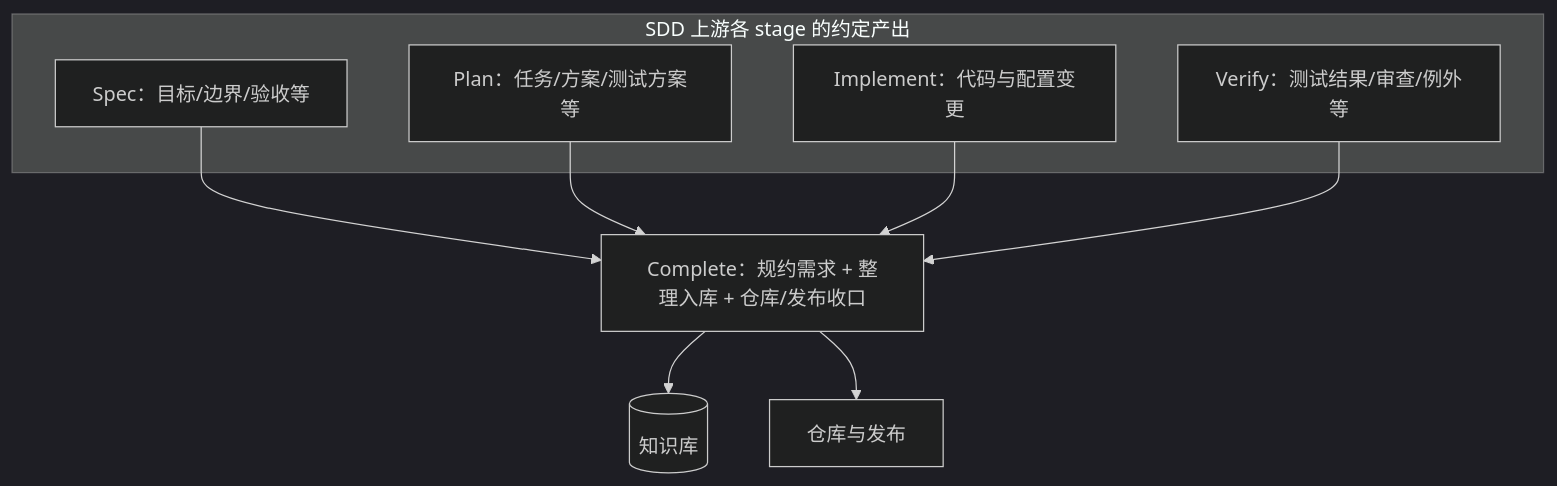
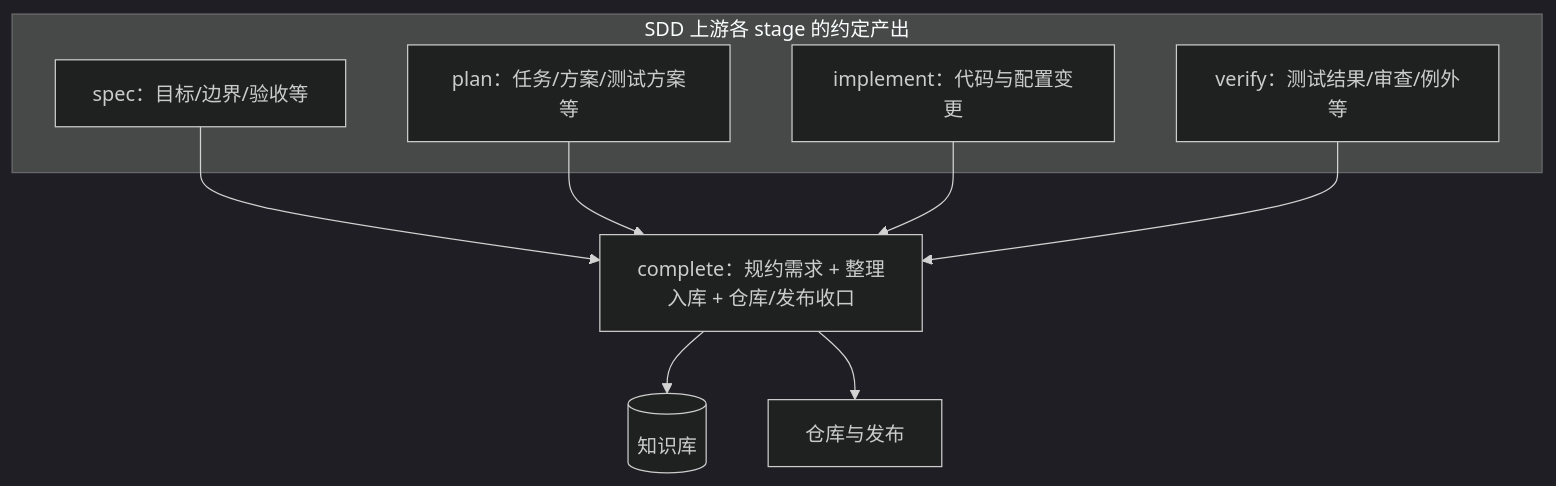
The second of 2 diagrams in docs/workflow/SDD/SDD.md (liushoukun/reason-cavalier), drawn with Mermaid (dark theme) before and after one commit. The commit also changed other lines of this file and 8 other files, not shown here.

````diff
--- a/docs/workflow/SDD/SDD.md
+++ b/docs/workflow/SDD/SDD.md
@@ -146,18 +154,18 @@
 ```mermaid
 flowchart TB
   subgraph upstream[SDD 上游各 stage 的约定产出]
-    S[Spec：目标/边界/验收等]
-    P[Plan：任务/方案/测试方案等]
-    I[Implement：代码与配置变更]
-    V[Verify：测试结果/审查/例外等]
+    S[spec：目标/边界/验收等]
+    P[plan：任务/方案/测试方案等]
+    I[implement：代码与配置变更]
+    V[verify：测试结果/审查/例外等]
   end
-  C[Complete：规约需求 + 整理入库 + 仓库/发布收口]
+  C[complete：规约需求 + 整理入库 + 仓库/发布收口]
   KB[(知识库)]
   R[仓库与发布]
   S --> C
   P --> C
   I --> C
   V --> C
   C --> KB
   C --> R
 ```
````
